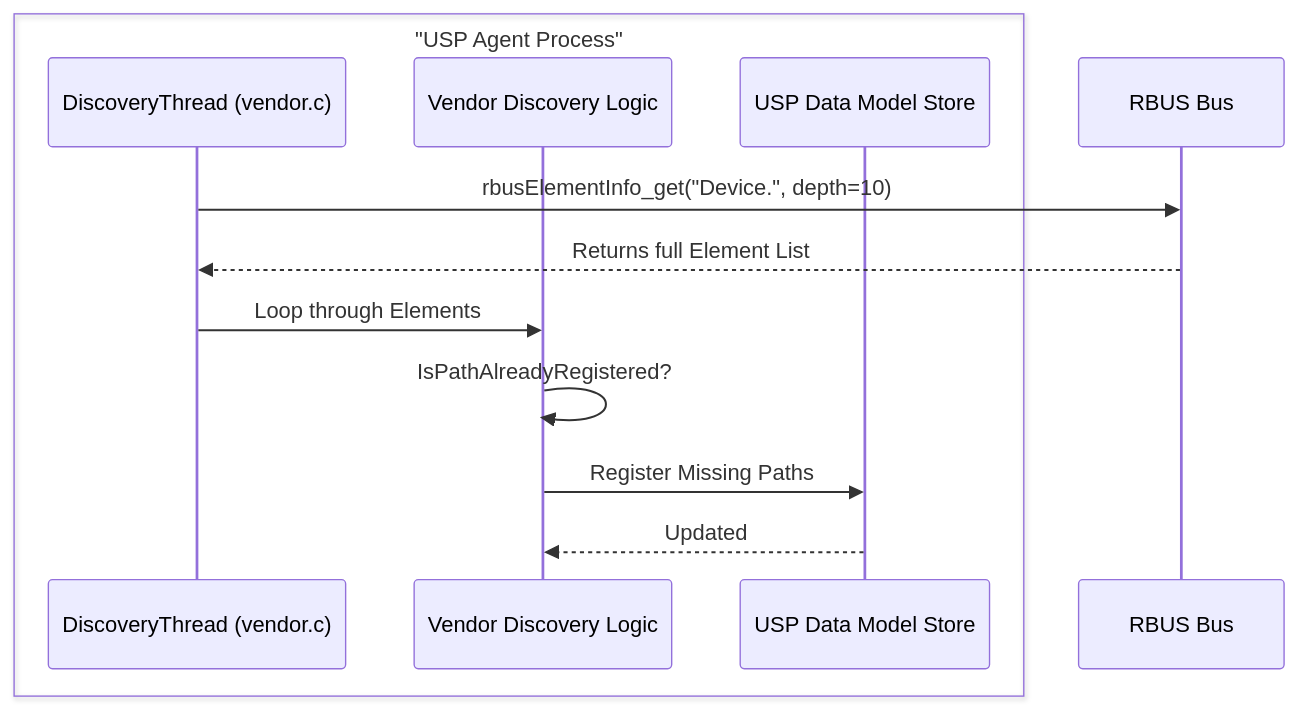
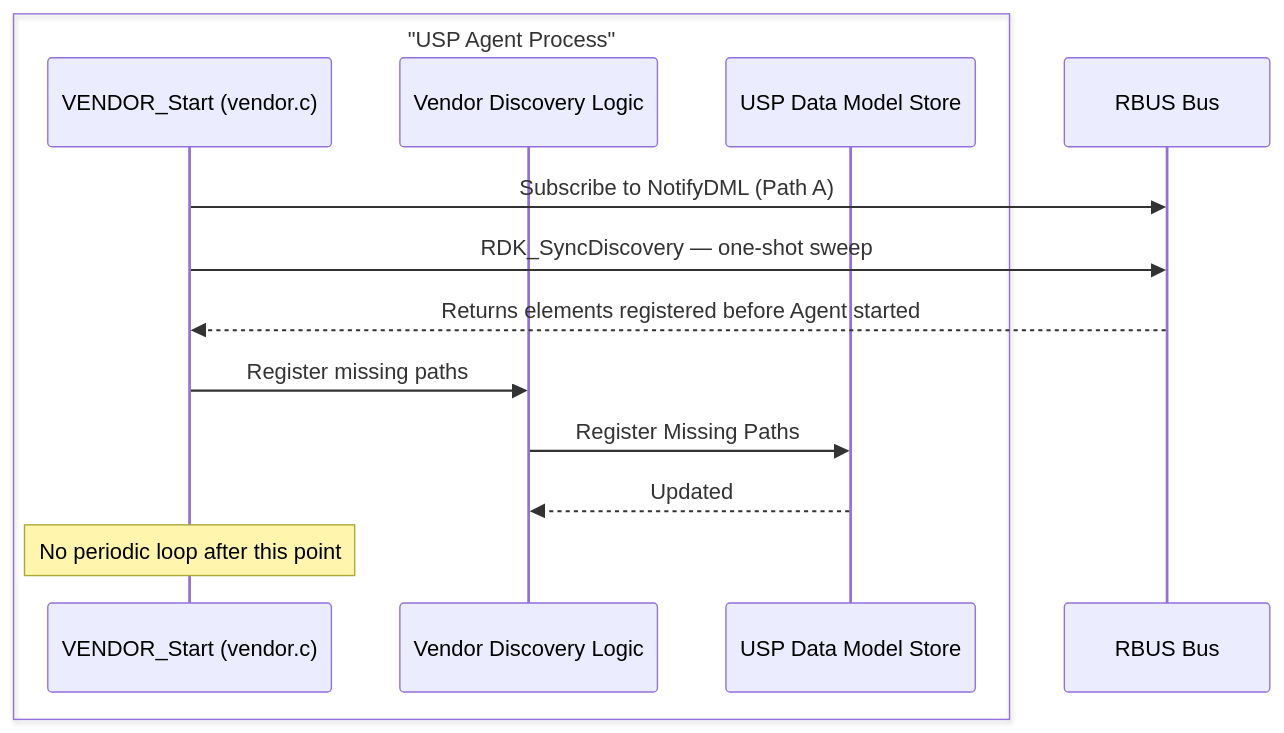
Before and after one commit to lealog/usp-pa-vendor-rdk: the third of 3 diagrams in de_dm_notify/RDK_DM_Discovery_Master_Guide.md, drawn with Mermaid. The commit also changed other lines of this file, not shown here.

````diff
--- a/de_dm_notify/RDK_DM_Discovery_Master_Guide.md
+++ b/de_dm_notify/RDK_DM_Discovery_Master_Guide.md
@@ -90,16 +95,17 @@
 ```mermaid
 sequenceDiagram
     box "USP Agent Process"
-        participant D as DiscoveryThread (vendor.c)
+        participant D as VENDOR_Start (vendor.c)
         participant V as Vendor Discovery Logic
         participant S as USP Data Model Store
     end
     participant B as RBUS Bus
 
-    D->>B: rbusElementInfo_get("Device.", depth=10)
-    B-->>D: Returns full Element List
-    D->>V: Loop through Elements
-    V->>V: IsPathAlreadyRegistered?
+    D->>B: Subscribe to NotifyDML (Path A)
+    D->>B: RDK_SyncDiscovery — one-shot sweep
+    B-->>D: Returns elements registered before Agent started
+    D->>V: Register missing paths
     V->>S: Register Missing Paths
     S-->>V: Updated
+    note over D: No periodic loop after this point
 ```
````
